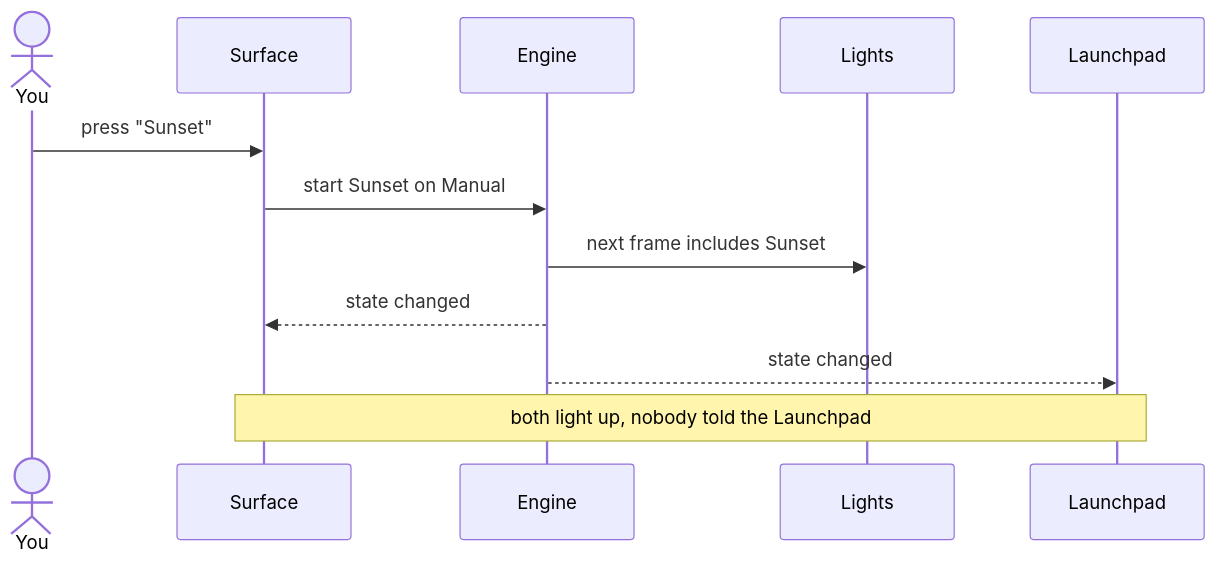
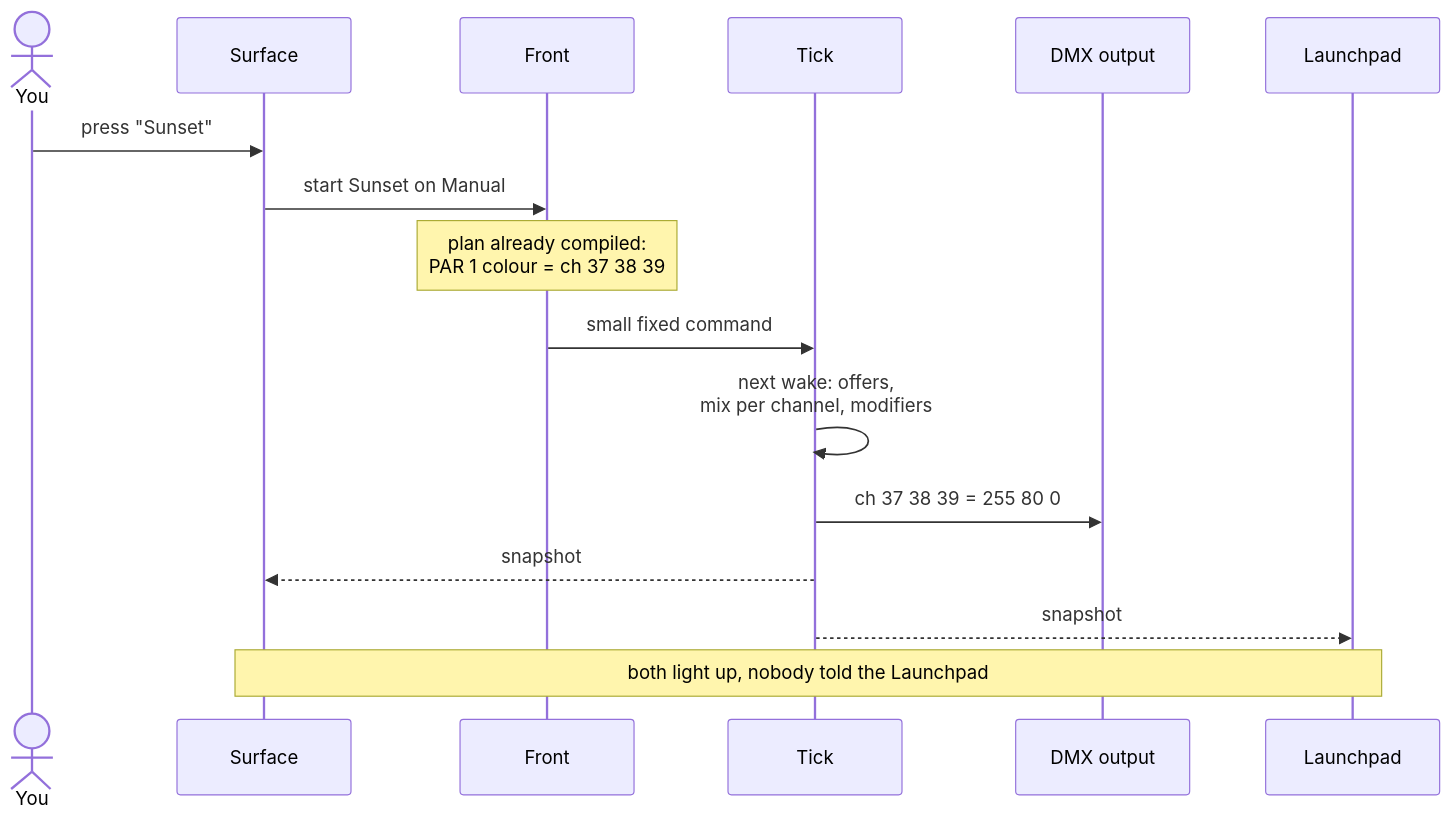
Diagram 14 of 17 in docs/design/theory.md (abossard/bossylights), drawn with Mermaid before and after one commit. The commit also changed other lines of this file and 17 other files, not shown here.

````diff
--- a/docs/design/theory.md
+++ b/docs/design/theory.md
@@ -201,14 +313,18 @@
 ```mermaid
 sequenceDiagram
   actor You
   participant Surface
-  participant Engine
-  participant Rig as Lights
+  participant Front
+  participant Tick
+  participant Out as DMX output
   participant Pad as Launchpad
   You->>Surface: press "Sunset"
-  Surface->>Engine: start Sunset on Manual
-  Engine->>Rig: next frame includes Sunset
-  Engine-->>Surface: state changed
-  Engine-->>Pad: state changed
+  Surface->>Front: start Sunset on Manual
+  Note over Front: plan already compiled:<br/>PAR 1 colour = ch 37 38 39
+  Front->>Tick: small fixed command
+  Tick->>Tick: next wake: offers,<br/>mix per channel, modifiers
+  Tick->>Out: ch 37 38 39 = 255 80 0
+  Tick-->>Surface: snapshot
+  Tick-->>Pad: snapshot
   Note over Surface,Pad: both light up, nobody told the Launchpad
 ```
````
